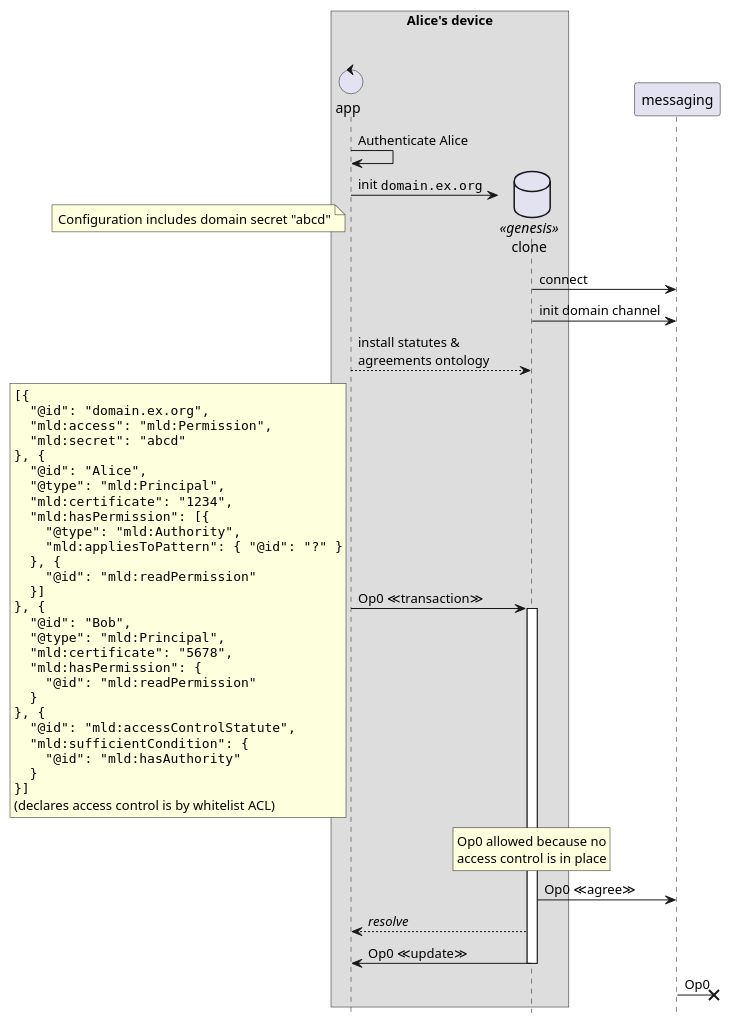
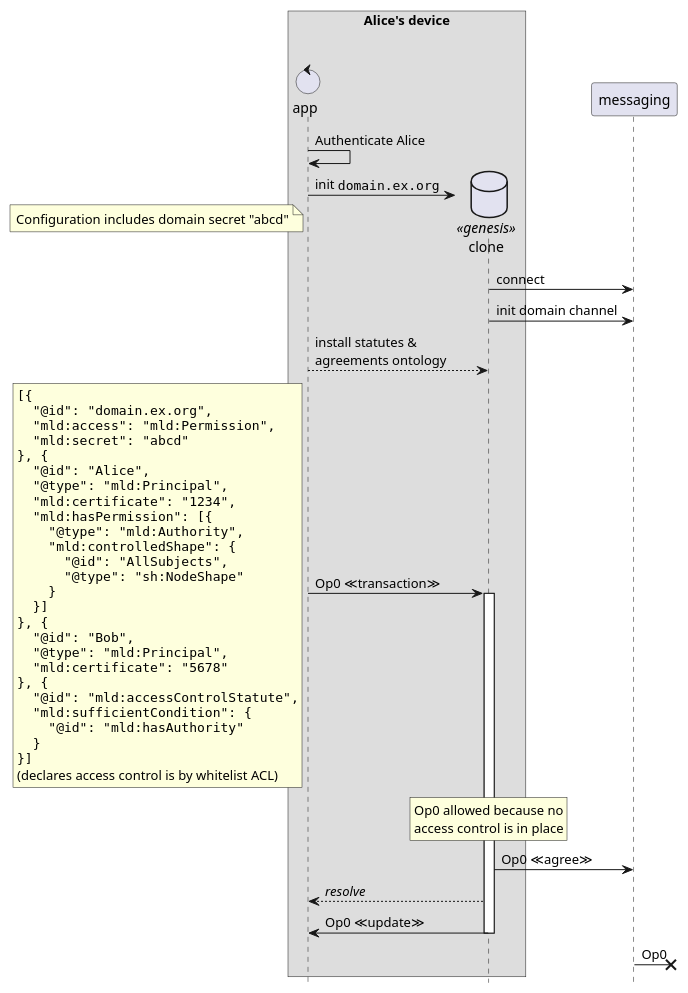
One commit to m-ld/m-ld-security-spec changed the diagram in design/1-genesis-alice.seq.puml. Above: the diagram before and after it, drawn with PlantUML. The commit also changed 9 other files, not shown here.

```diff
--- a/design/1-genesis-alice.seq.puml
+++ b/design/1-genesis-alice.seq.puml
@@ -1,64 +1,62 @@
 @startuml
 'https://plantuml.com/sequence-diagram
 hide footbox
 
 box Alice's device
 control "app" as proc1
 database "clone" as genesis << genesis >>
 end box
 
 proc1 -> proc1: Authenticate Alice
 proc1 -> genesis **: init ""domain.ex.org""
 note left
 Configuration includes domain secret "abcd"
 end note
 genesis -> messaging : connect
 genesis -> messaging : init domain channel
 
 proc1 --> genesis: install statutes &\nagreements ontology
 
 proc1 -> genesis ++: Op0 ≪transaction≫
 rnote left
 <code>
 [{
   "@id": "domain.ex.org",
   "mld:access": "mld:Permission",
   "mld:secret": "abcd"
 }, {
   "@id": "Alice",
   "@type": "mld:Principal",
   "mld:certificate": "1234",
   "mld:hasPermission": [{
     "@type": "mld:Authority",
-    "mld:appliesToPattern": { "@id": "?" }
-  }, {
-    "@id": "mld:readPermission"
+    "mld:controlledShape": {
+      "@id": "AllSubjects",
+      "@type": "sh:NodeShape"
+    }
   }]
 }, {
   "@id": "Bob",
   "@type": "mld:Principal",
-  "mld:certificate": "5678",
-  "mld:hasPermission": {
-    "@id": "mld:readPermission"
-  }
+  "mld:certificate": "5678"
 }, {
   "@id": "mld:accessControlStatute",
   "mld:sufficientCondition": {
     "@id": "mld:hasAuthority"
   }
 }]
 </code>
 (declares access control is by whitelist ACL)
 end note
 
 rnote over genesis
 Op0 allowed because no
 access control is in place
 end note
 
 genesis -> messaging: Op0 ≪agree≫
 genesis --> proc1: //resolve//
 genesis -> proc1 --: Op0 ≪update≫
 messaging ->x] : Op0
 
 @enduml
```
